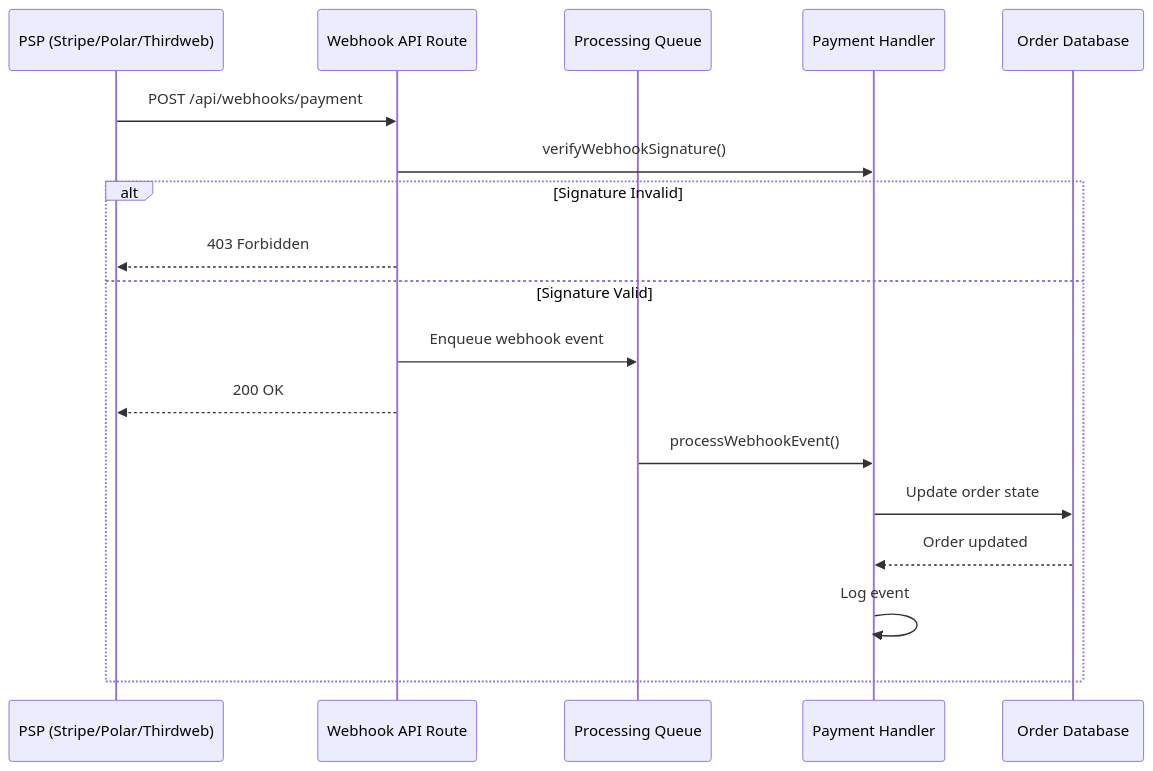
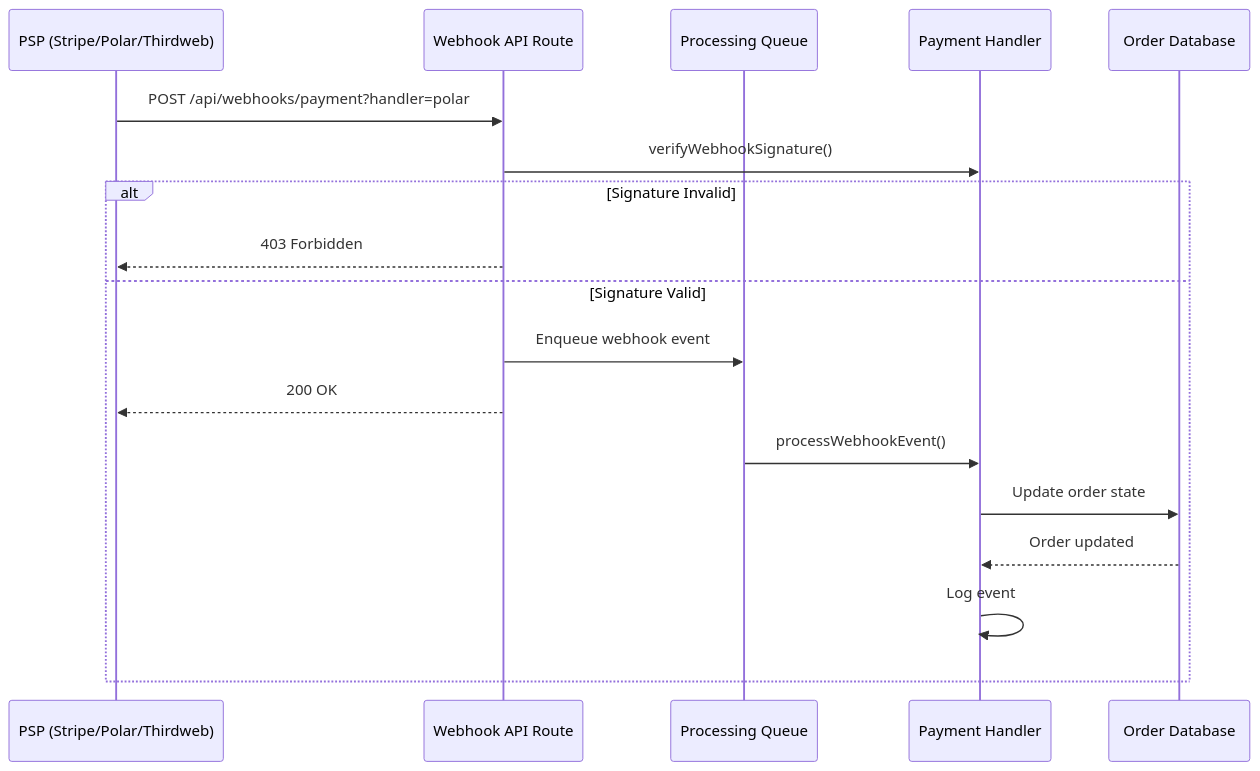
The second of 3 diagrams in docs/payment-handlers.md (BarreraSlzr/marketing-ucp), drawn with Mermaid before and after one commit. The commit also changed other lines of this file and 2 other files, not shown here.

First line of the commit message:
docs: update payment handler documentation and test utilities

````diff
--- a/docs/payment-handlers.md
+++ b/docs/payment-handlers.md
@@ -152,22 +152,22 @@
 ```mermaid
 sequenceDiagram
     participant PSP as PSP (Stripe/Polar/Thirdweb)
     participant API as Webhook API Route
     participant Queue as Processing Queue
     participant Handler as Payment Handler
     participant DB as Order Database
 
-    PSP->>API: POST /api/webhooks/payment
+    PSP->>API: POST /api/webhooks/payment?handler=polar
     API->>Handler: verifyWebhookSignature()
     
     alt Signature Invalid
         API-->>PSP: 403 Forbidden
     else Signature Valid
         API->>Queue: Enqueue webhook event
         API-->>PSP: 200 OK
         Queue->>Handler: processWebhookEvent()
         Handler->>DB: Update order state
         DB-->>Handler: Order updated
         Handler->>Handler: Log event
     end
 ```
````
